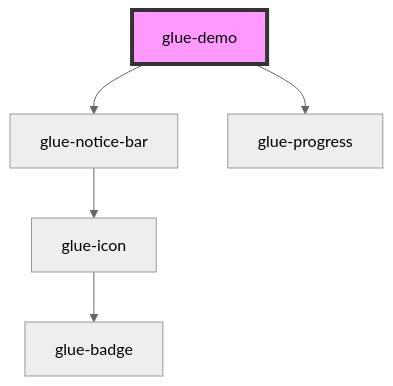
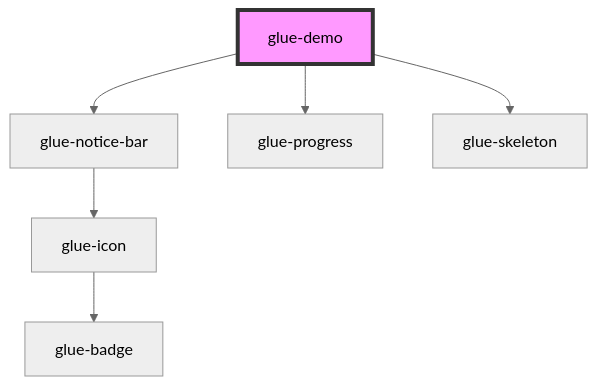
Before and after one commit to grasilife/glue: the diagram in packages/glue-components/src/components/glue-demo/readme.md, drawn with Mermaid (neutral theme). The commit also changed other lines of this file and 7 other files, not shown here.

````diff
--- a/packages/glue-components/src/components/glue-demo/readme.md
+++ b/packages/glue-components/src/components/glue-demo/readme.md
@@ -25,8 +26,9 @@
 ```mermaid
 graph TD;
   glue-demo --> glue-notice-bar
   glue-demo --> glue-progress
+  glue-demo --> glue-skeleton
   glue-notice-bar --> glue-icon
   glue-icon --> glue-badge
   style glue-demo fill:#f9f,stroke:#333,stroke-width:4px
 ```
````
